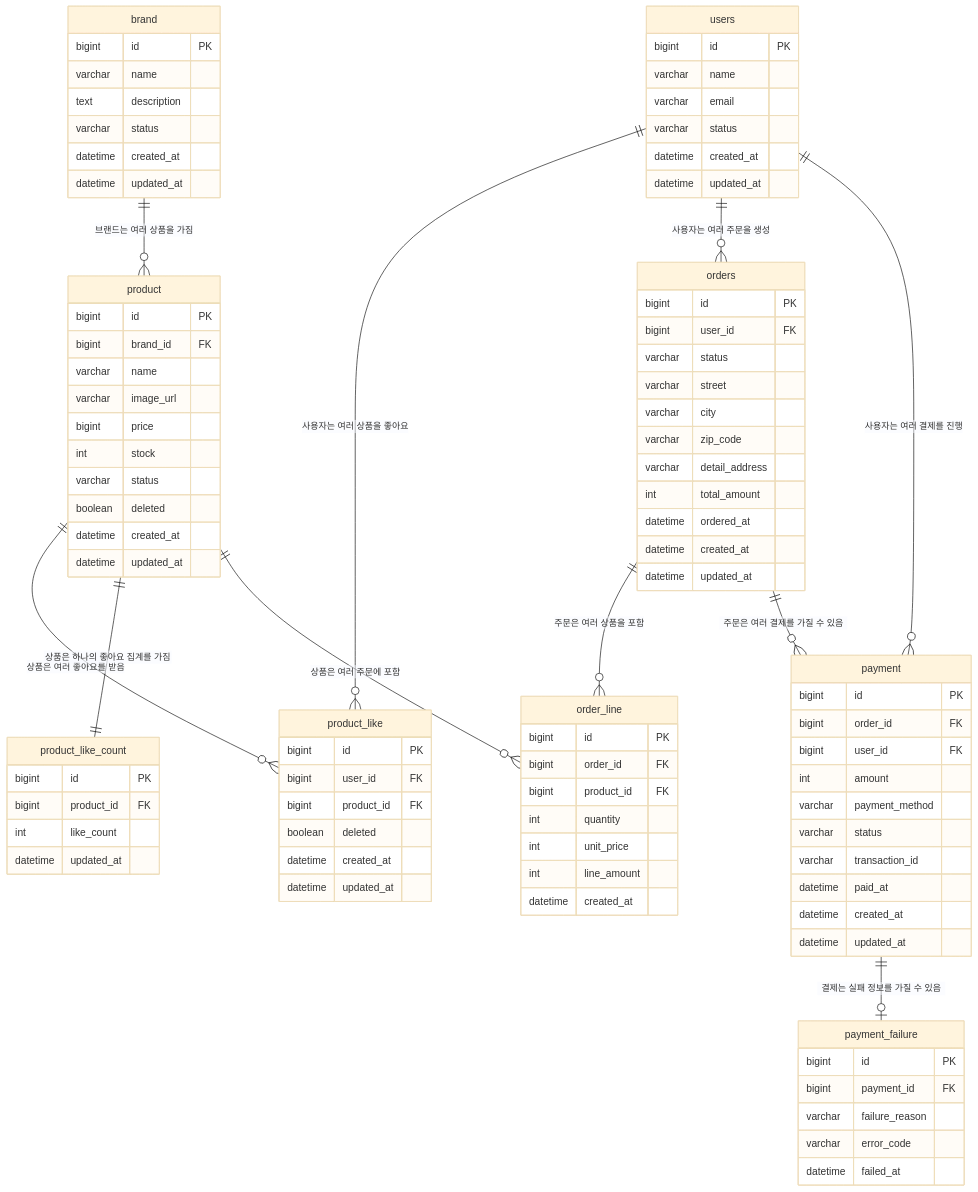
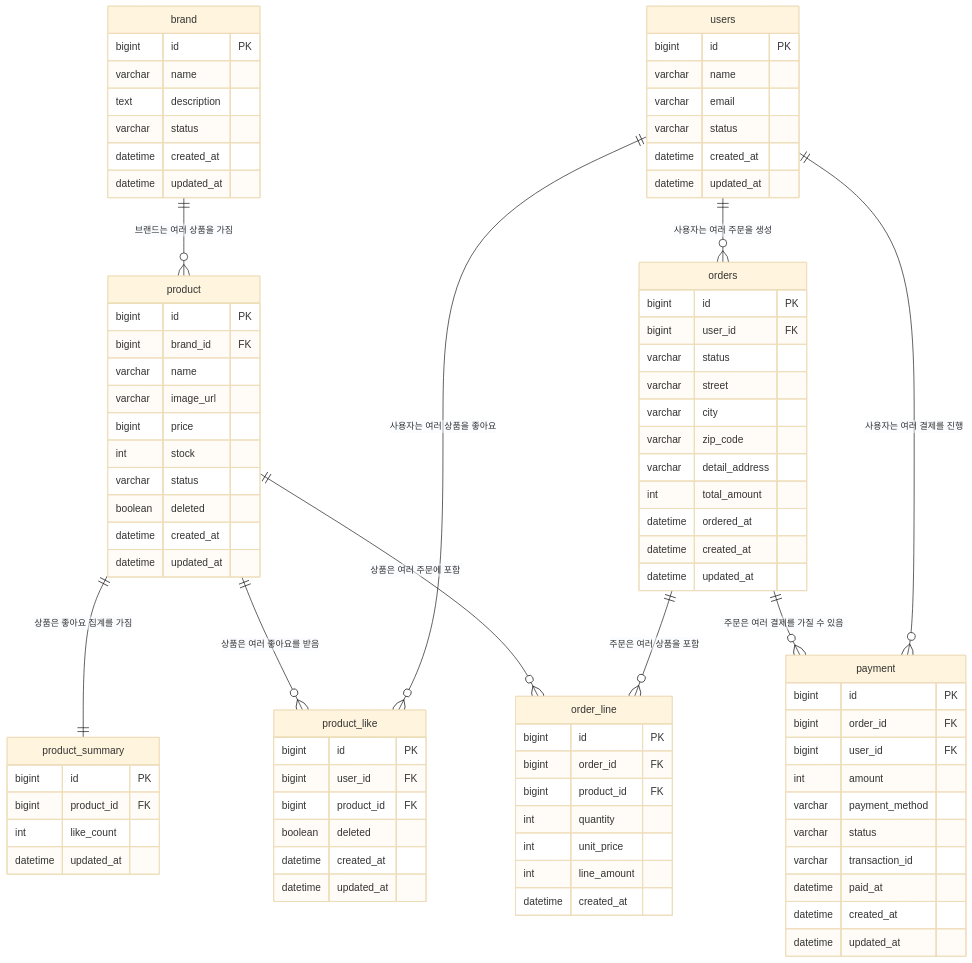
Before and after one commit to DuhanMo/emotional-commerce: the diagram in docs/design/04-erd.md, drawn with Mermaid (base theme).

Commit message:
fix: erd 수정 - product_like_count -> product_summary

````diff
--- a/docs/design/04-erd.md
+++ b/docs/design/04-erd.md
@@ -44,8 +44,8 @@
         datetime updated_at
     }
     
-    %% 상품 좋아요 카운트 테이블 (집계)
-    product_like_count {
+    %% 상품 집계 테이블
+    product_summary {
         bigint id PK
         bigint product_id FK
         int like_count
@@ -91,22 +91,14 @@
         datetime created_at
         datetime updated_at
     }
-    
-    %% 결제 실패 테이블
-    payment_failure {
-        bigint id PK
-        bigint payment_id FK
-        varchar failure_reason
-        varchar error_code
-        datetime failed_at
-    }
+ 
     
     %% 관계 정의
     brand ||--o{ product : "브랜드는 여러 상품을 가짐"
     
     users ||--o{ product_like : "사용자는 여러 상품을 좋아요"
     product ||--o{ product_like : "상품은 여러 좋아요를 받음"
-    product ||--|| product_like_count : "상품은 하나의 좋아요 집계를 가짐"
+    product ||--|| product_summary : "상품은 좋아요 집계를 가짐"
     
     users ||--o{ orders : "사용자는 여러 주문을 생성"
     orders ||--o{ order_line : "주문은 여러 상품을 포함"
@@ -114,5 +106,4 @@
     
     users ||--o{ payment : "사용자는 여러 결제를 진행"
     orders ||--o{ payment : "주문은 여러 결제를 가질 수 있음"
-    payment ||--o| payment_failure : "결제는 실패 정보를 가질 수 있음"
 ```
````
